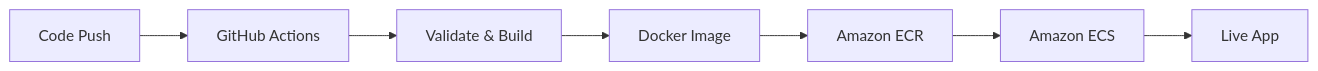
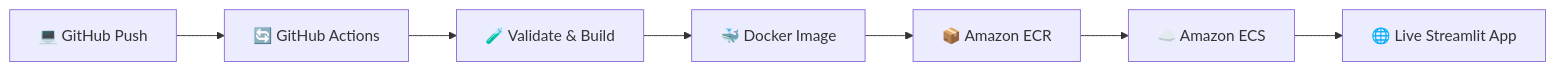
Before and after one commit to Sonakunwar21/Food_Delivery_ETA_ML: the second of 3 diagrams in README.md, drawn with Mermaid. The commit also changed other lines of this file, not shown here.

````diff
--- a/README.md
+++ b/README.md
@@ -196,9 +164,9 @@
 ```mermaid
 flowchart LR
-    A[Code Push] --> B[GitHub Actions]
-    B --> C[Validate & Build]
-    C --> D[Docker Image]
-    D --> E[Amazon ECR]
-    E --> F[Amazon ECS]
-    F --> G[Live App]
+    A[💻 GitHub Push] --> B[🔄 GitHub Actions]
+    B --> C[🧪 Validate & Build]
+    C --> D[🐳 Docker Image]
+    D --> E[📦 Amazon ECR]
+    E --> F[☁️ Amazon ECS]
+    F --> G[🌐 Live Streamlit App]
 ```
````
